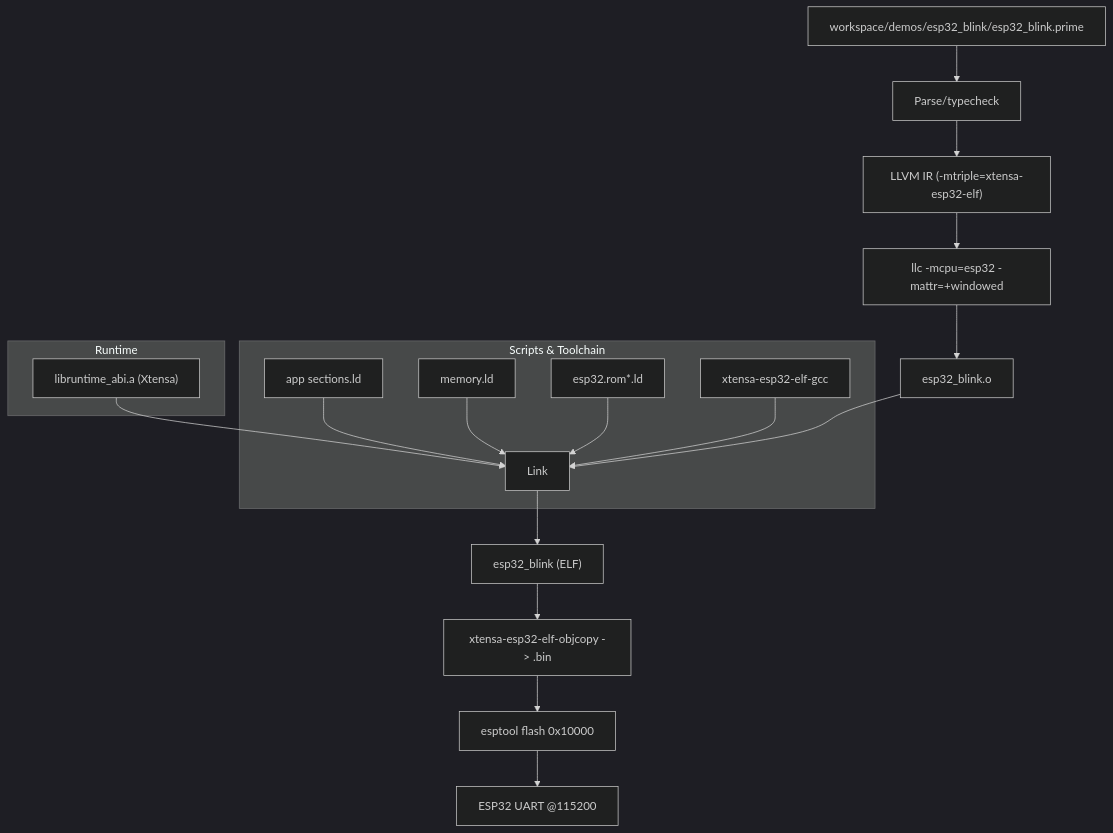
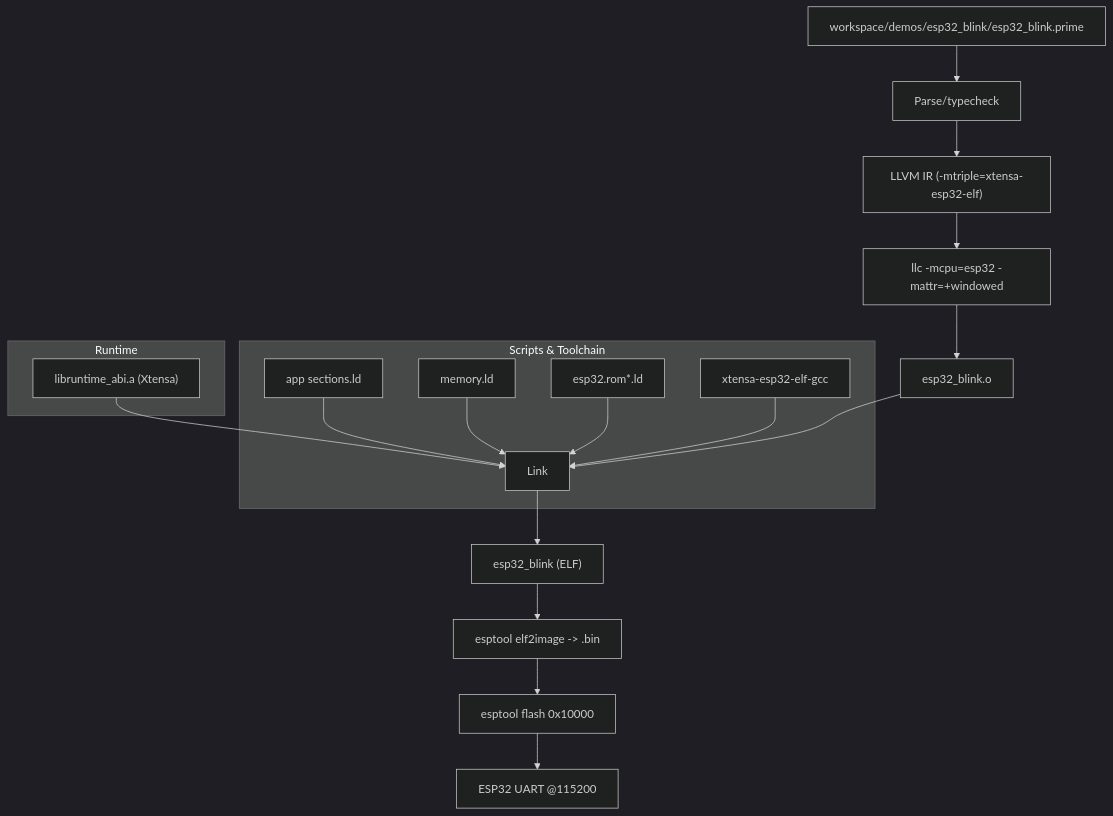
Before and after one commit to ASoldo/prime-lang: the diagram in docs/EmbeddedPipeline.md, drawn with Mermaid (dark theme). The commit also changed other lines of this file and 3 other files, not shown here.

Commit message:
Use RV32IMC target tools and require a valid ESP image before flashing

````diff
--- a/docs/EmbeddedPipeline.md
+++ b/docs/EmbeddedPipeline.md
@@ -5,24 +5,24 @@
 ```mermaid
 flowchart TD
   SRC["workspace/demos/esp32_blink/esp32_blink.prime"] --> PARSE["Parse/typecheck"]
   PARSE --> IR["LLVM IR (-mtriple=xtensa-esp32-elf)"]
   IR --> LLC["llc -mcpu=esp32 -mattr=+windowed"]
   LLC --> OBJ["esp32_blink.o"]
 
   subgraph Scripts & Toolchain
     SECTIONS["app sections.ld"] --> LINK
     MEMORY["memory.ld"] --> LINK
     ROM["esp32.rom*.ld"] --> LINK
     TOOL["xtensa-esp32-elf-gcc"] --> LINK
   end
 
   subgraph Runtime
     ABI["libruntime_abi.a (Xtensa)"] --> LINK
   end
 
   OBJ --> LINK["Link"]
   LINK --> ELF["esp32_blink (ELF)"]
-  ELF --> OBJCOPY["xtensa-esp32-elf-objcopy -> .bin"]
+  ELF --> OBJCOPY["esptool elf2image -> .bin"]
   OBJCOPY --> FLASH["esptool flash 0x10000"]
   FLASH --> DEVICE["ESP32 UART @115200"]
 ```
````
